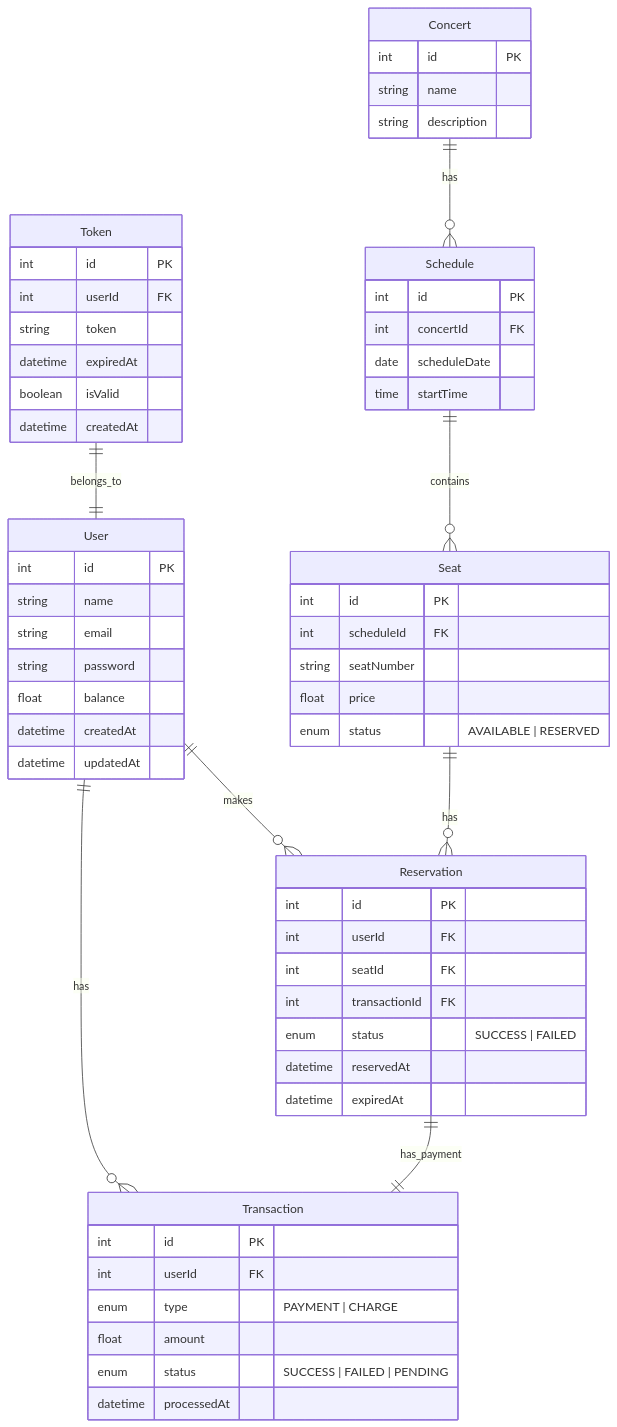
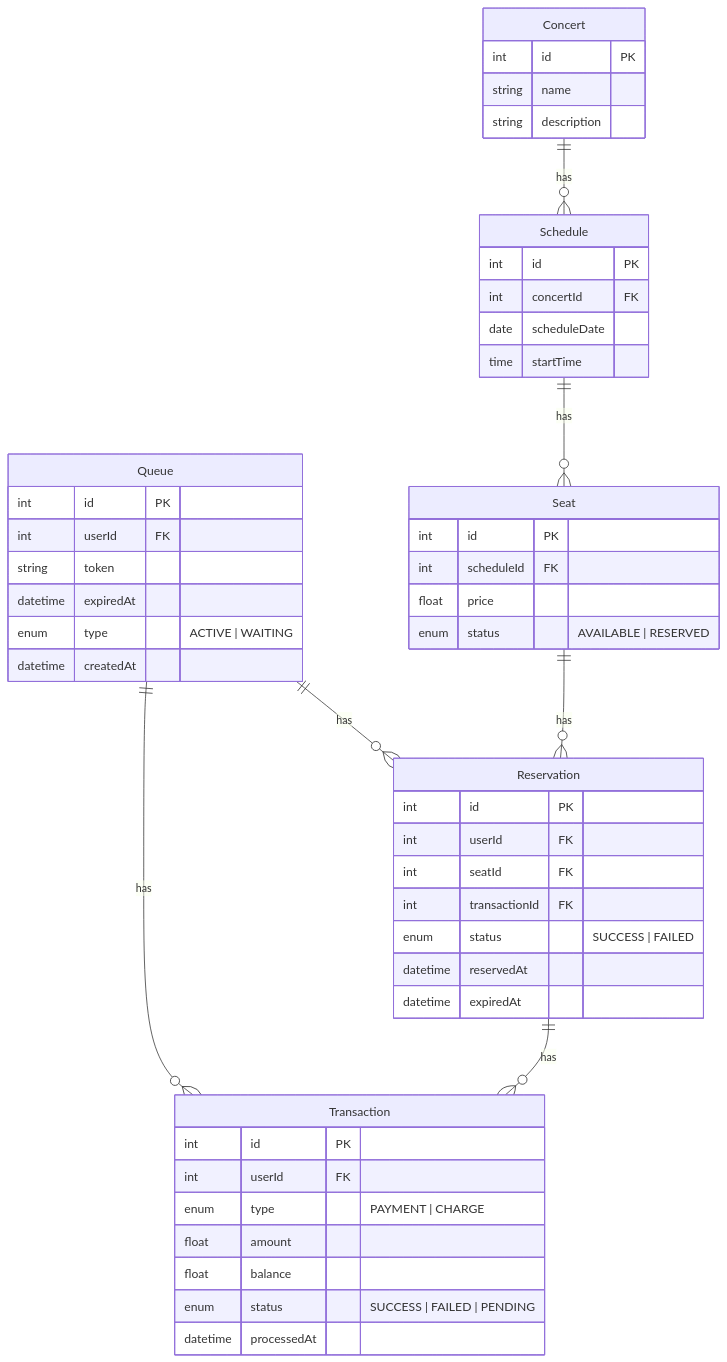
The diagram in docs/ERD.mermaid (dohee789/concert-reservation), drawn with Mermaid before and after one commit. The commit also changed 5 other files, not shown here.

```diff
--- a/docs/ERD.mermaid
+++ b/docs/ERD.mermaid
@@ -1,66 +1,56 @@
 erDiagram
-    User ||--o{ Reservation : makes
-    User ||--o{ Transaction : has
-    User {
-        int id PK
-        string name
-        string email
-        string password
-        float balance
-        datetime createdAt
-        datetime updatedAt
-    }
+    Queue ||--o{ Reservation : has
+    Queue ||--o{ Transaction : has
 
-    Token ||--|| User : belongs_to
-    Token {
+    Queue {
         int id PK
         int userId FK
         string token
         datetime expiredAt
-        boolean isValid
+        enum type "ACTIVE | WAITING"
         datetime createdAt
     }
 
     Concert ||--o{ Schedule : has
     Concert {
         int id PK
         string name
         string description
     }
 
-    Schedule ||--o{ Seat : contains
+    Schedule ||--o{ Seat : has
     Schedule {
         int id PK
         int concertId FK
         date scheduleDate
         time startTime
     }
 
     Seat ||--o{ Reservation : has
     Seat {
         int id PK
         int scheduleId FK
-        string seatNumber
         float price
         enum status "AVAILABLE | RESERVED"
     }
 
-    Reservation ||--|| Transaction : has_payment
+    Reservation ||--o{ Transaction : has
     Reservation {
         int id PK
         int userId FK
         int seatId FK
         int transactionId FK
         enum status "SUCCESS | FAILED"
         datetime reservedAt
         datetime expiredAt
     }
 
     Transaction {
         int id PK
         int userId FK
         enum type "PAYMENT | CHARGE"
         float amount
+        float balance
         enum status "SUCCESS | FAILED | PENDING"
         datetime processedAt
     }
```
